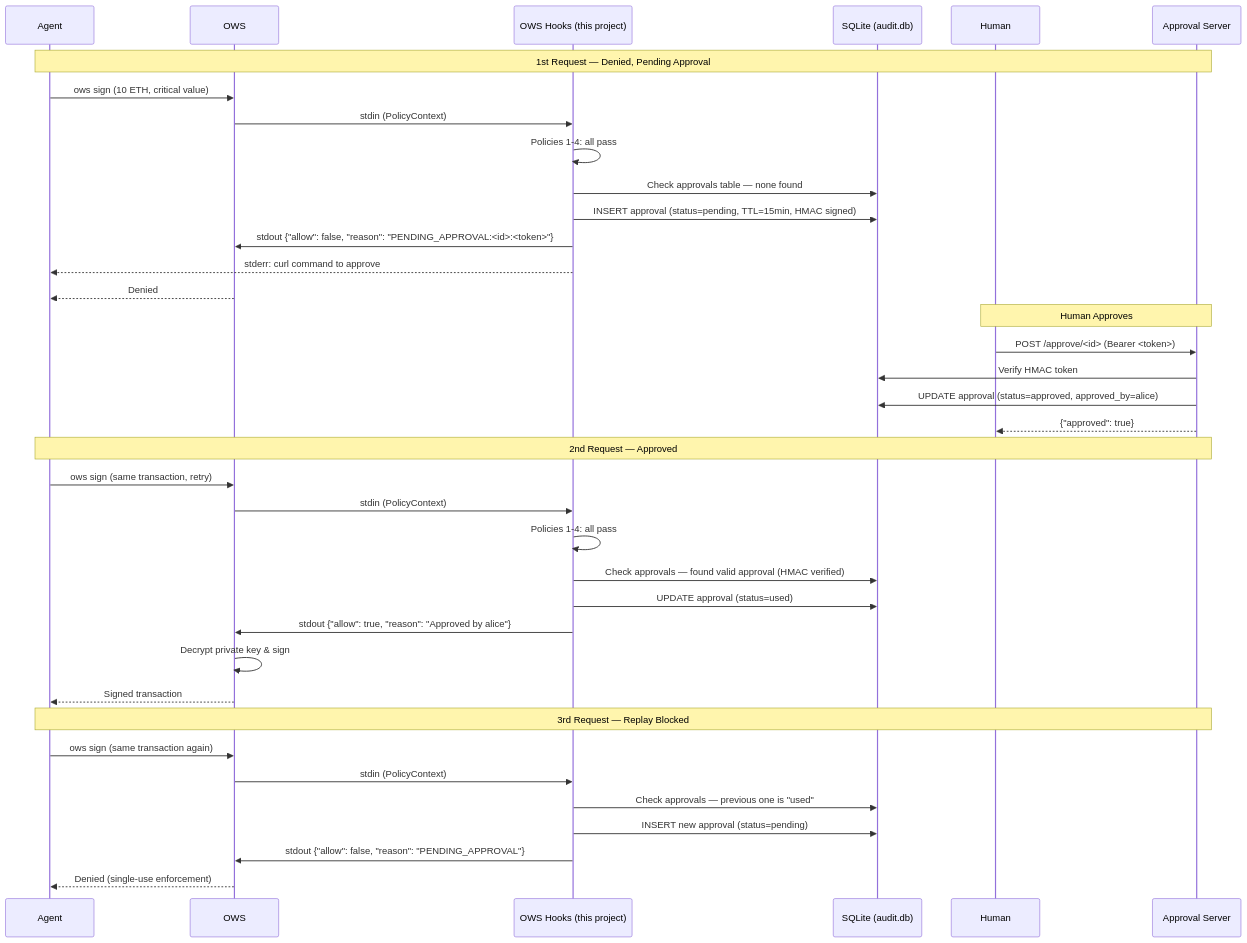
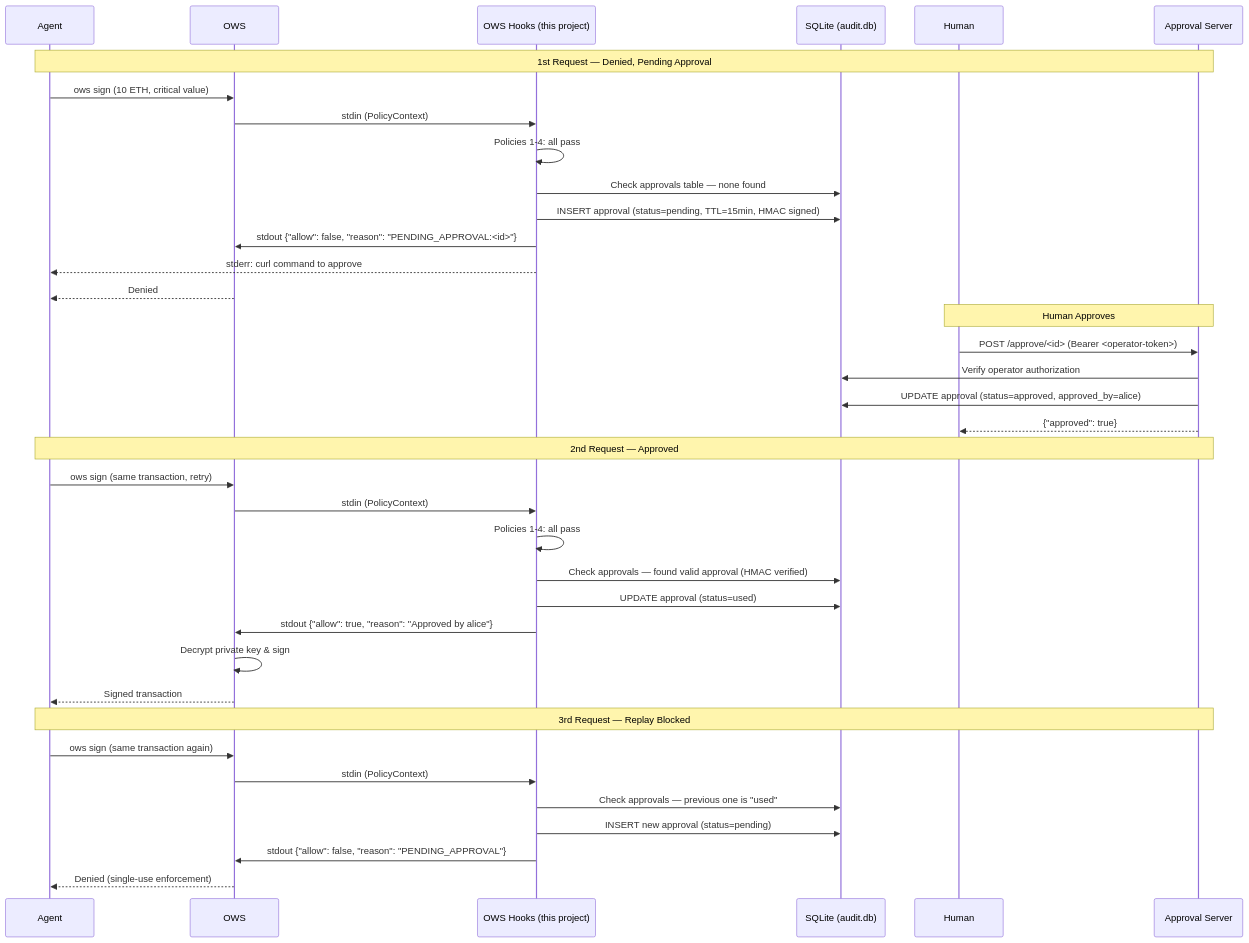
The third of 3 diagrams in README.md (natsukingly/ows-hooks), drawn with Mermaid before and after one commit. The commit also changed other lines of this file and 8 other files, not shown here.

Commit message:
Harden HITL approval flow and enforce deny-by-default timeouts

````diff
--- a/README.md
+++ b/README.md
@@ -117,43 +117,43 @@
 ```mermaid
 sequenceDiagram
     participant Agent
     participant OWS
     participant Hooks as OWS Hooks (this project)
     participant DB as SQLite (audit.db)
     participant Human
     participant API as Approval Server
 
     Note over Agent,API: 1st Request — Denied, Pending Approval
     Agent->>OWS: ows sign (10 ETH, critical value)
     OWS->>Hooks: stdin (PolicyContext)
     Hooks->>Hooks: Policies 1-4: all pass
     Hooks->>DB: Check approvals table — none found
     Hooks->>DB: INSERT approval (status=pending, TTL=15min, HMAC signed)
-    Hooks->>OWS: stdout {"allow": false, "reason": "PENDING_APPROVAL:<id>:<token>"}
+    Hooks->>OWS: stdout {"allow": false, "reason": "PENDING_APPROVAL:<id>"}
     Hooks-->>Agent: stderr: curl command to approve
     OWS-->>Agent: Denied
 
     Note over Human,API: Human Approves
-    Human->>API: POST /approve/<id> (Bearer <token>)
-    API->>DB: Verify HMAC token
+    Human->>API: POST /approve/<id> (Bearer <operator-token>)
+    API->>DB: Verify operator authorization
     API->>DB: UPDATE approval (status=approved, approved_by=alice)
     API-->>Human: {"approved": true}
 
     Note over Agent,API: 2nd Request — Approved
     Agent->>OWS: ows sign (same transaction, retry)
     OWS->>Hooks: stdin (PolicyContext)
     Hooks->>Hooks: Policies 1-4: all pass
     Hooks->>DB: Check approvals — found valid approval (HMAC verified)
     Hooks->>DB: UPDATE approval (status=used)
     Hooks->>OWS: stdout {"allow": true, "reason": "Approved by alice"}
     OWS->>OWS: Decrypt private key & sign
     OWS-->>Agent: Signed transaction
 
     Note over Agent,API: 3rd Request — Replay Blocked
     Agent->>OWS: ows sign (same transaction again)
     OWS->>Hooks: stdin (PolicyContext)
     Hooks->>DB: Check approvals — previous one is "used"
     Hooks->>DB: INSERT new approval (status=pending)
     Hooks->>OWS: stdout {"allow": false, "reason": "PENDING_APPROVAL"}
     OWS-->>Agent: Denied (single-use enforcement)
 ```
````
